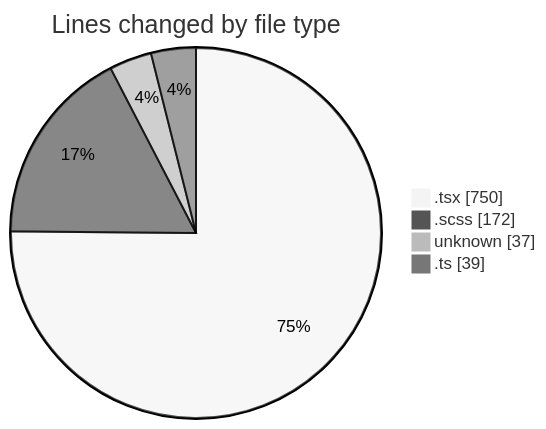
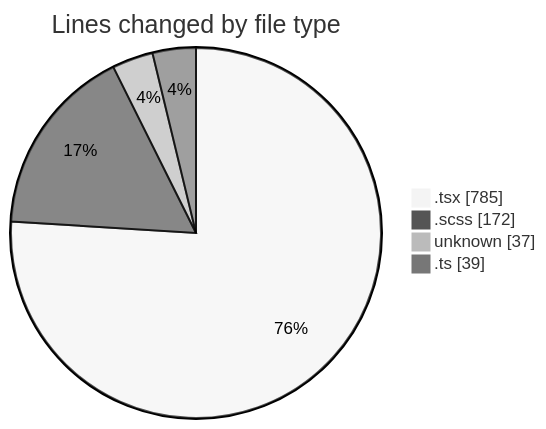
One commit to momahboobian/code-tracking changed the first of 2 diagrams in 2025-09-16/cda/README.md. Above: the diagram before and after it, drawn with Mermaid (neutral theme). The commit also changed other lines of this file and 1 other file, not shown here.

````diff
--- a/2025-09-16/cda/README.md
+++ b/2025-09-16/cda/README.md
@@ -25,8 +25,8 @@
 ```mermaid
 pie showData
 title Lines changed by file type
-".tsx" : 750
+".tsx" : 785
 ".scss" : 172
 "unknown" : 37
 ".ts" : 39
 ```
````
